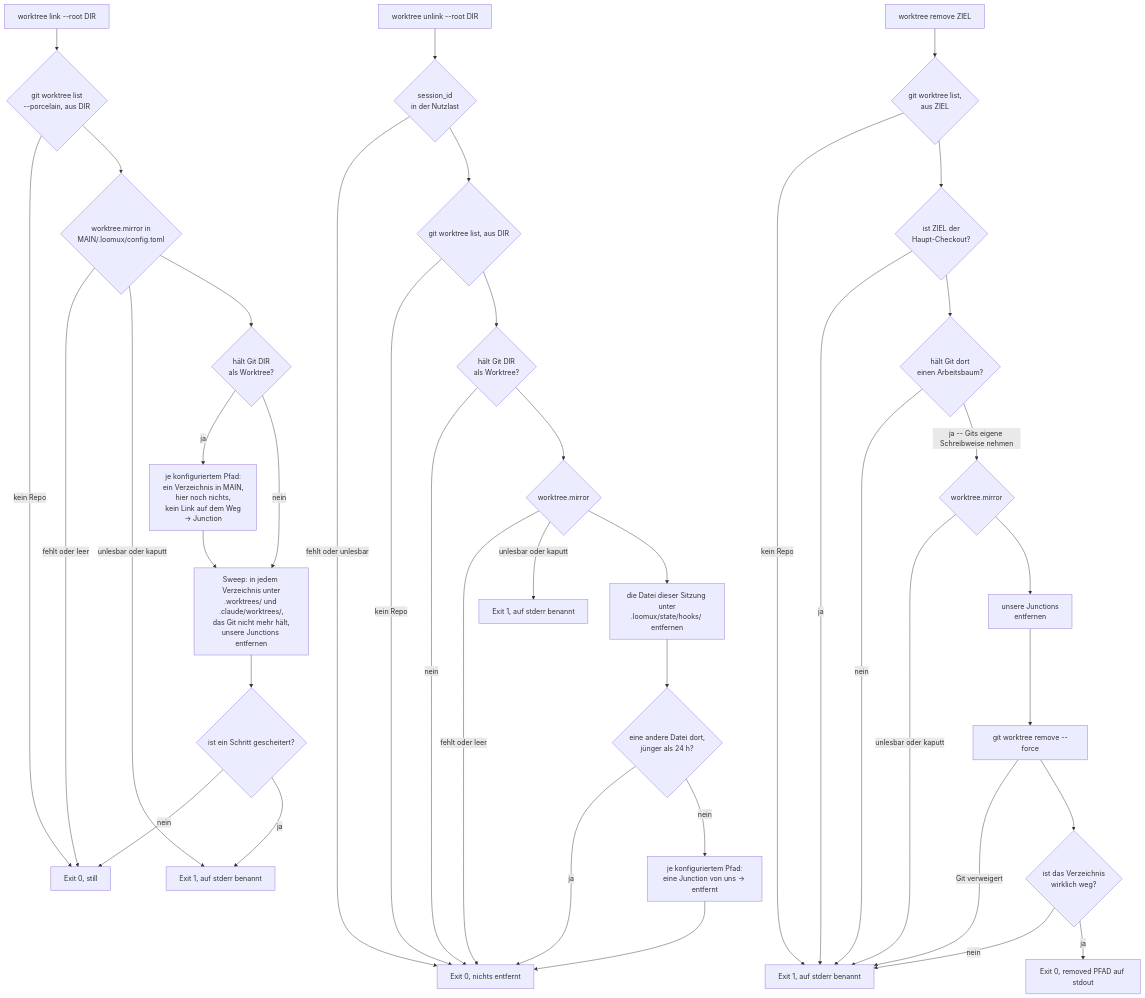
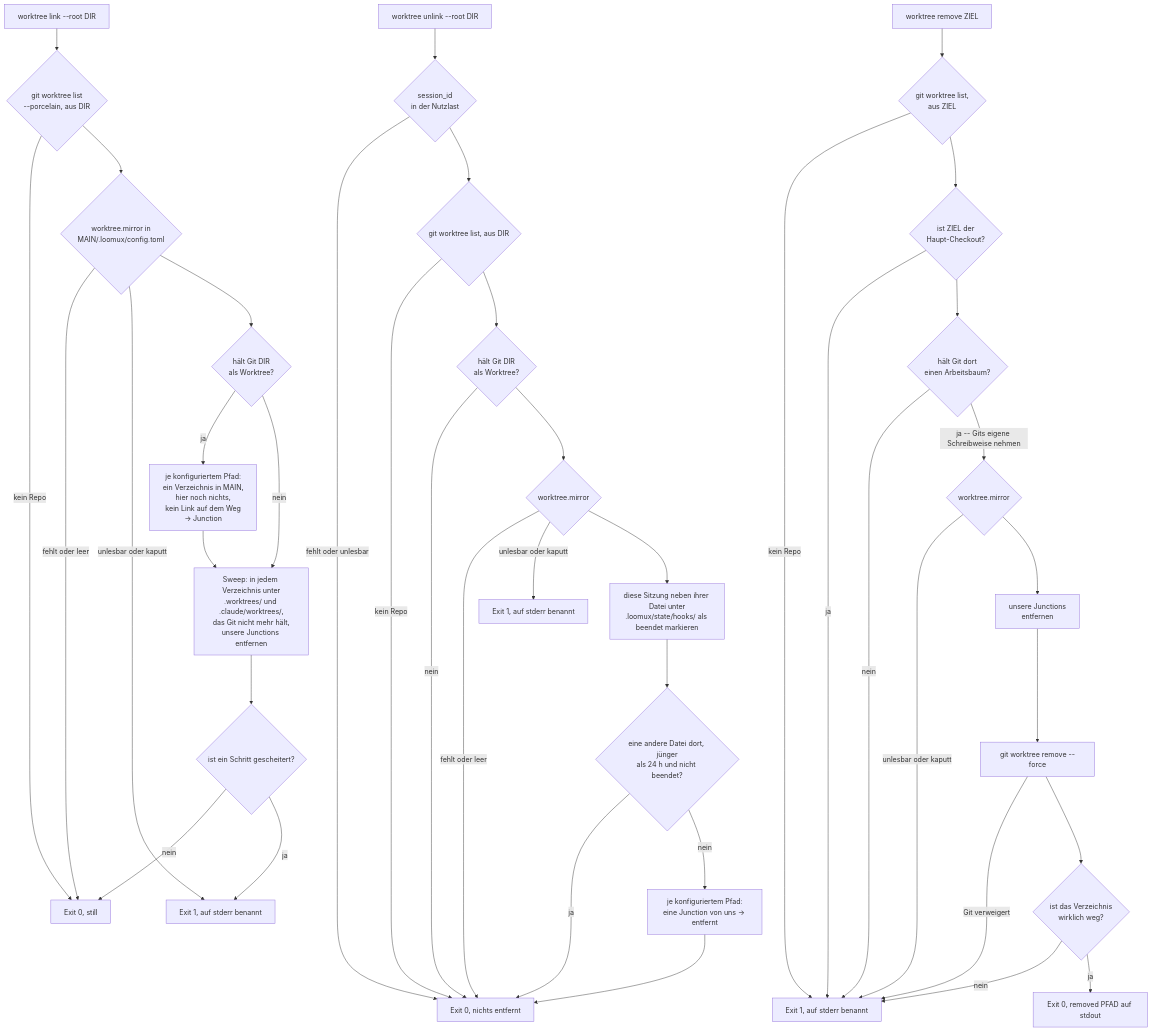
Before and after one commit to xidus90/loomux: the third of 3 diagrams in docs/de/hooks.md, drawn with Mermaid. The commit also changed other lines of this file and 11 other files, not shown here.

````diff
--- a/docs/de/hooks.md
+++ b/docs/de/hooks.md
@@ -709,45 +705,45 @@
 ```mermaid
 flowchart TD
     start["worktree link --root DIR"] --> topo{"git worktree list<br/>--porcelain, aus DIR"}
     topo -->|"kein Repo"| silent["Exit 0, still"]
     topo --> cfg{"worktree.mirror in<br/>MAIN/.loomux/config.toml"}
     cfg -->|"fehlt oder leer"| silent
     cfg -->|"unlesbar oder kaputt"| loud["Exit 1, auf stderr benannt"]
     cfg --> wt{"hält Git DIR<br/>als Worktree?"}
     wt -->|"ja"| link["je konfiguriertem Pfad:<br/>ein Verzeichnis in MAIN,<br/>hier noch nichts,<br/>kein Link auf dem Weg<br/>-> Junction"]
     wt -->|"nein"| sweep
     link --> sweep["Sweep: in jedem Verzeichnis unter<br/>.worktrees/ und .claude/worktrees/,<br/>das Git nicht mehr hält,<br/>unsere Junctions entfernen"]
     sweep --> verdict{"ist ein Schritt gescheitert?"}
     verdict -->|"nein"| silent
     verdict -->|"ja"| loud
 
     stop["worktree unlink --root DIR"] --> payload{"session_id<br/>in der Nutzlast"}
     payload -->|"fehlt oder unlesbar"| silent2["Exit 0, nichts entfernt"]
     payload --> topo2{"git worktree list, aus DIR"}
     topo2 -->|"kein Repo"| silent2
     topo2 --> wt2{"hält Git DIR<br/>als Worktree?"}
     wt2 -->|"nein"| silent2
     wt2 --> cfg2{"worktree.mirror"}
     cfg2 -->|"fehlt oder leer"| silent2
     cfg2 -->|"unlesbar oder kaputt"| loud2["Exit 1, auf stderr benannt"]
-    cfg2 --> forget["die Datei dieser Sitzung unter<br/>.loomux/state/hooks/ entfernen"]
-    forget --> count{"eine andere Datei dort,<br/>jünger als 24 h?"}
+    cfg2 --> forget["diese Sitzung neben ihrer Datei unter<br/>.loomux/state/hooks/ als beendet markieren"]
+    forget --> count{"eine andere Datei dort, jünger<br/>als 24 h und nicht beendet?"}
     count -->|"ja"| silent2
     count -->|"nein"| unlink["je konfiguriertem Pfad:<br/>eine Junction von uns -> entfernt"]
     unlink --> silent2
 
     hand["worktree remove ZIEL"] --> topo3{"git worktree list,<br/>aus ZIEL"}
     topo3 -->|"kein Repo"| fault["Exit 1, auf stderr benannt"]
     topo3 --> ismain{"ist ZIEL der<br/>Haupt-Checkout?"}
     ismain -->|"ja"| fault
     ismain --> held{"hält Git dort<br/>einen Arbeitsbaum?"}
     held -->|"nein"| fault
     held -->|"ja -- Gits eigene Schreibweise nehmen"| cfg3{"worktree.mirror"}
     cfg3 -->|"unlesbar oder kaputt"| fault
     cfg3 --> unlink3["unsere Junctions<br/>entfernen"]
     unlink3 --> gitrm["git worktree remove --force"]
     gitrm -->|"Git verweigert"| fault
     gitrm --> gone{"ist das Verzeichnis<br/>wirklich weg?"}
     gone -->|"nein"| fault
     gone -->|"ja"| removed["Exit 0, removed PFAD auf stdout"]
 ```
````
